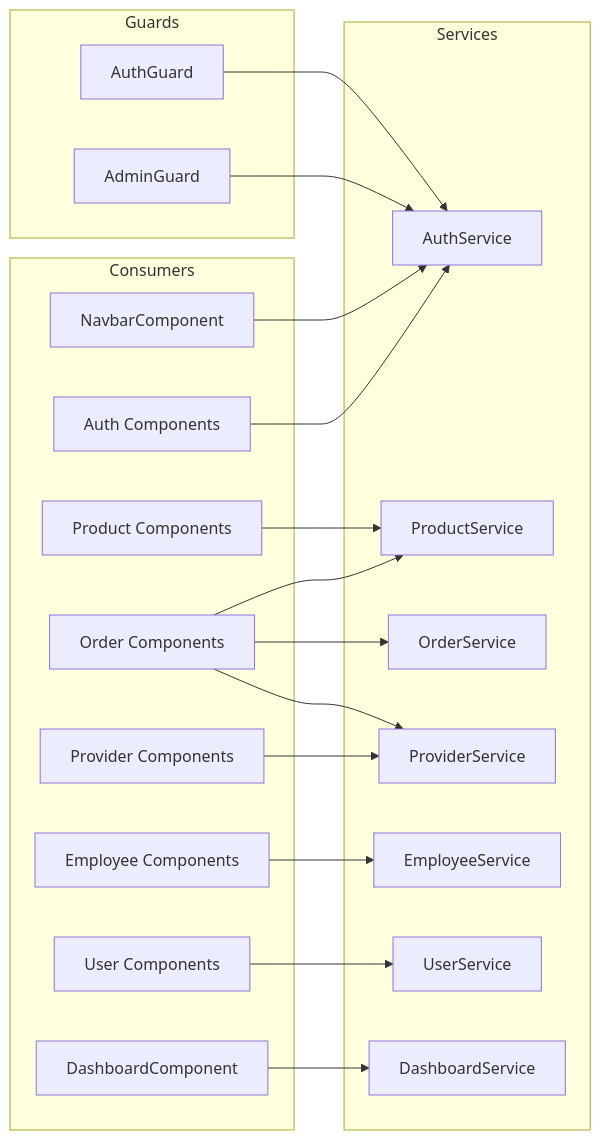
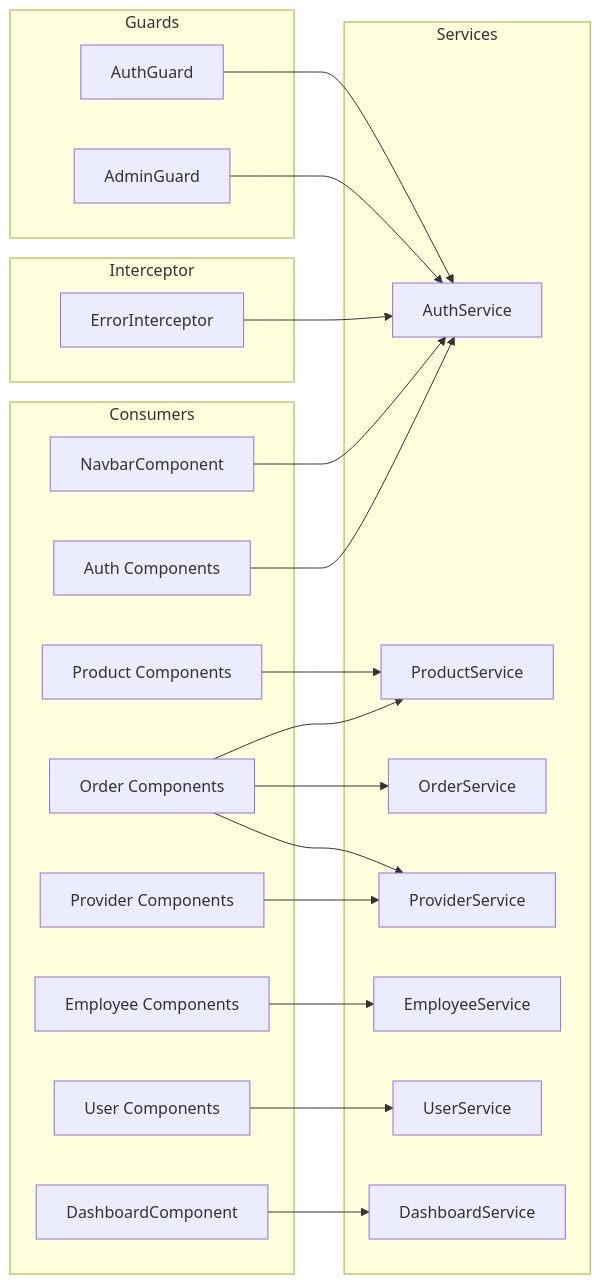
The fifth of 5 diagrams in README.md (codeurjc-students/Shopventory), drawn with Mermaid before and after one commit. The commit also changed other lines of this file, not shown here.

First line of the commit message:
Update README with new schema fields and diagrams

````diff
--- a/README.md
+++ b/README.md
@@ -546,41 +577,46 @@
 ```mermaid
 flowchart LR
     subgraph GUARDS["Guards"]
         AG[AuthGuard]
         ADG[AdminGuard]
+    end
+
+    subgraph INTC["Interceptor"]
+        EI[ErrorInterceptor]
     end
 
     subgraph SVC["Services"]
         AS[AuthService]
         PS[ProductService]
         OS[OrderService]
         VS[ProviderService]
         ES[EmployeeService]
         US[UserService]
         DS[DashboardService]
     end
 
     subgraph COMP["Consumers"]
         NAV[NavbarComponent]
         DASH[DashboardComponent]
         PLC[Product Components]
         OLC[Order Components]
         VLC[Provider Components]
         ELC[Employee Components]
         ULC[User Components]
         AUTH[Auth Components]
     end
 
     AG --> AS
     ADG --> AS
+    EI --> AS
     NAV --> AS
     AUTH --> AS
     DASH --> DS
     PLC --> PS
     OLC --> OS
     OLC --> PS
     OLC --> VS
     VLC --> VS
     ELC --> ES
     ULC --> US
 ```
````
